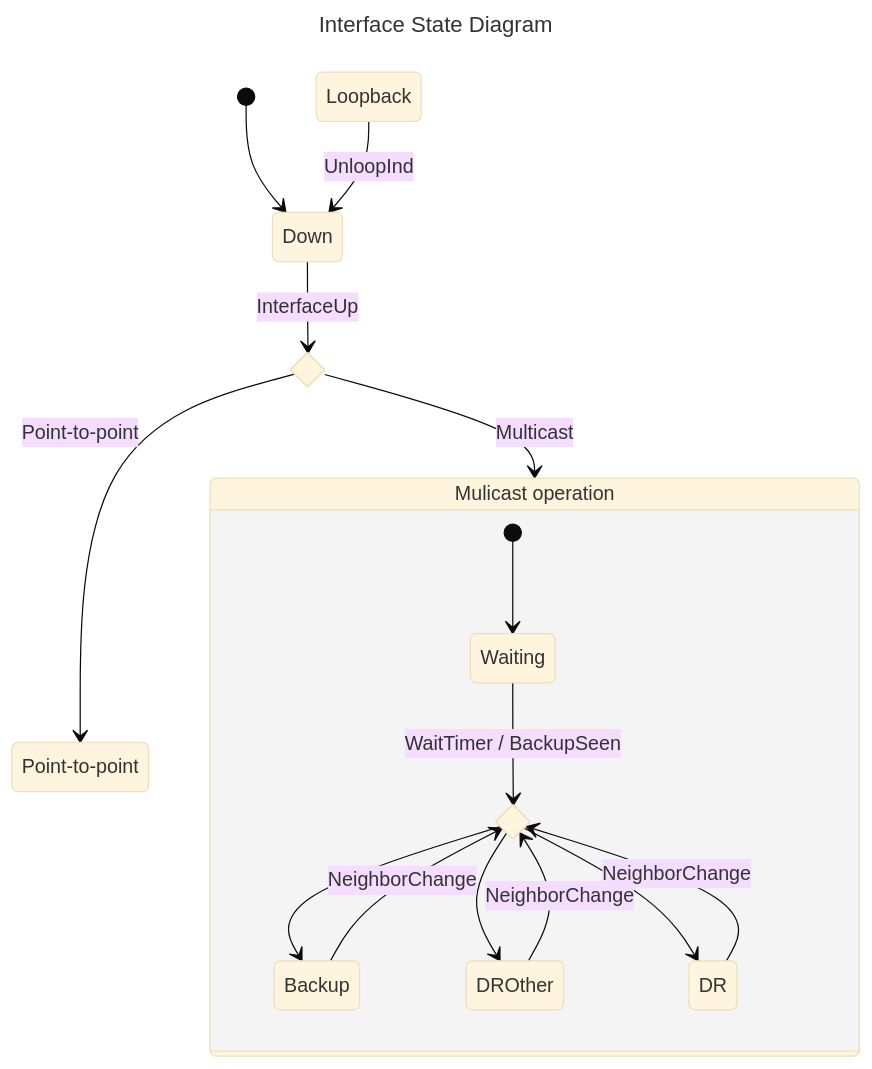
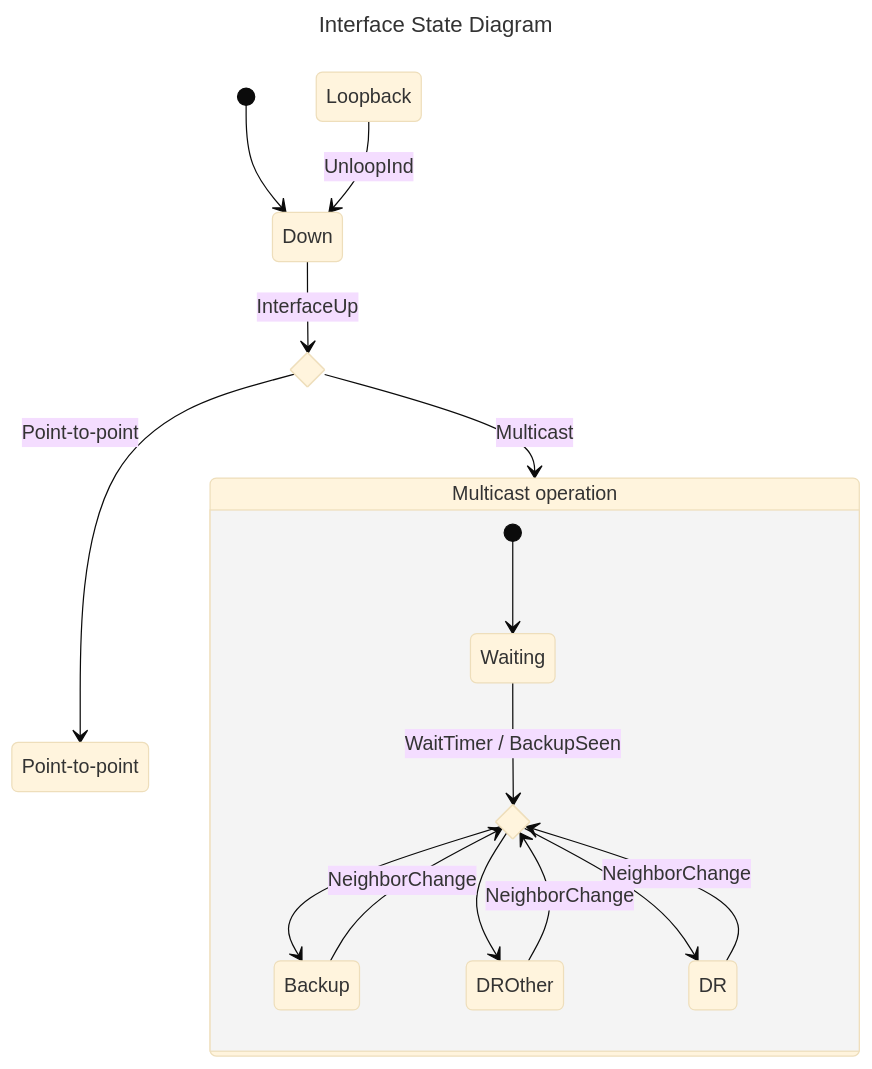
The first of 3 diagrams in Documentation/Graphs/StateDiagrams.md (aniemela-cloud/uh-ds-g9-project), drawn with Mermaid (base theme) before and after one commit.

Commit message:
Fixed typo in StateDiagrams.md
Mulicast now became multicast.

````diff
--- a/Documentation/Graphs/StateDiagrams.md
+++ b/Documentation/Graphs/StateDiagrams.md
@@ -7,28 +7,28 @@
 ```mermaid
 ---
 title: Interface State Diagram
 config:
     layout: dagre
 ---
 stateDiagram-v2
     state "Point-to-point" as ptp
     state ptp_or_multicast <<choice>>
     state select <<choice>>
 
     [*] --> Down
     Loopback --> Down : UnloopInd
     Down --> ptp_or_multicast : InterfaceUp
     ptp_or_multicast --> Multicast : Multicast
     ptp_or_multicast --> ptp : Point-to-point
-    state "Mulicast operation" as Multicast {
+    state "Multicast operation" as Multicast {
         [*] --> Waiting
         Waiting --> select : WaitTimer / BackupSeen
 %%    select --> fork_state
         select --> Backup
         Backup --> select : NeighborChange
         select --> DROther
         DROther --> select : NeighborChange
         select --> DR
         DR --> select : NeighborChange
     }
 ```
````
